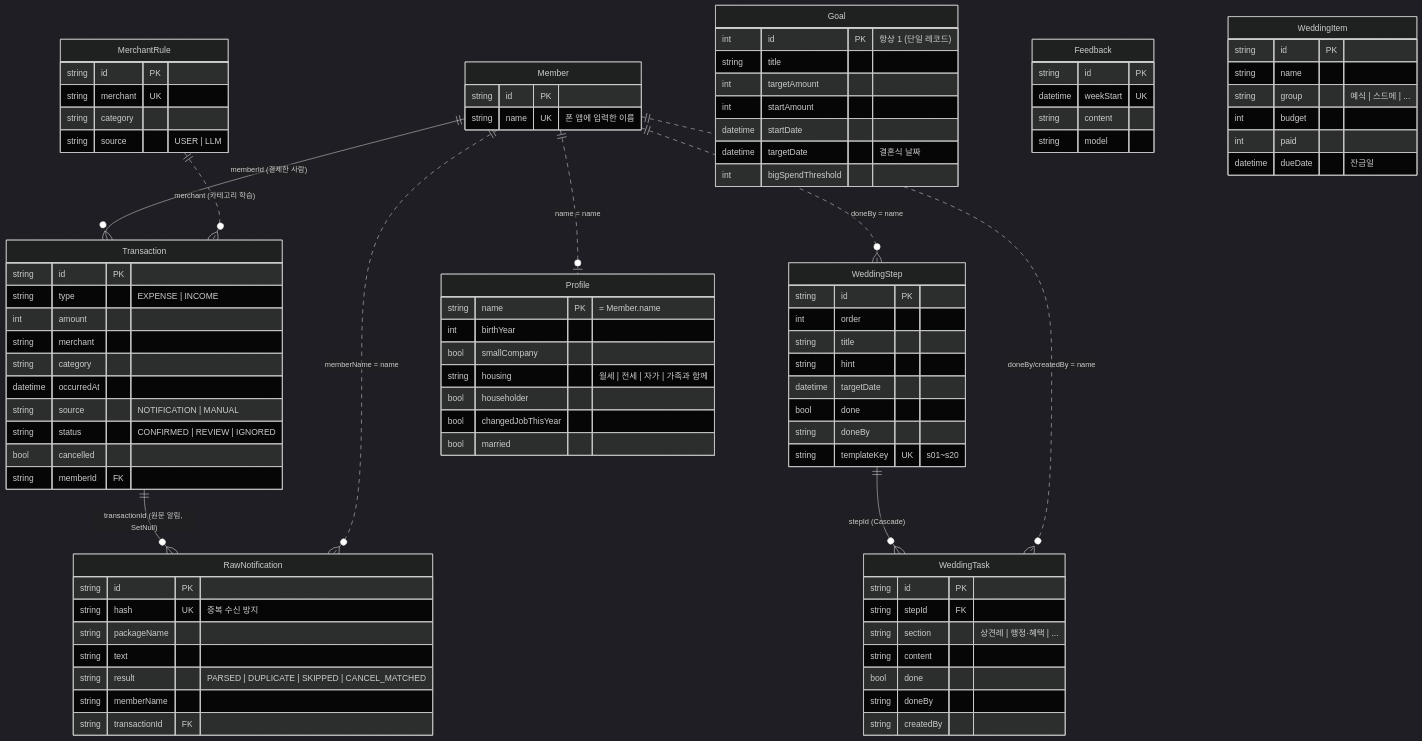
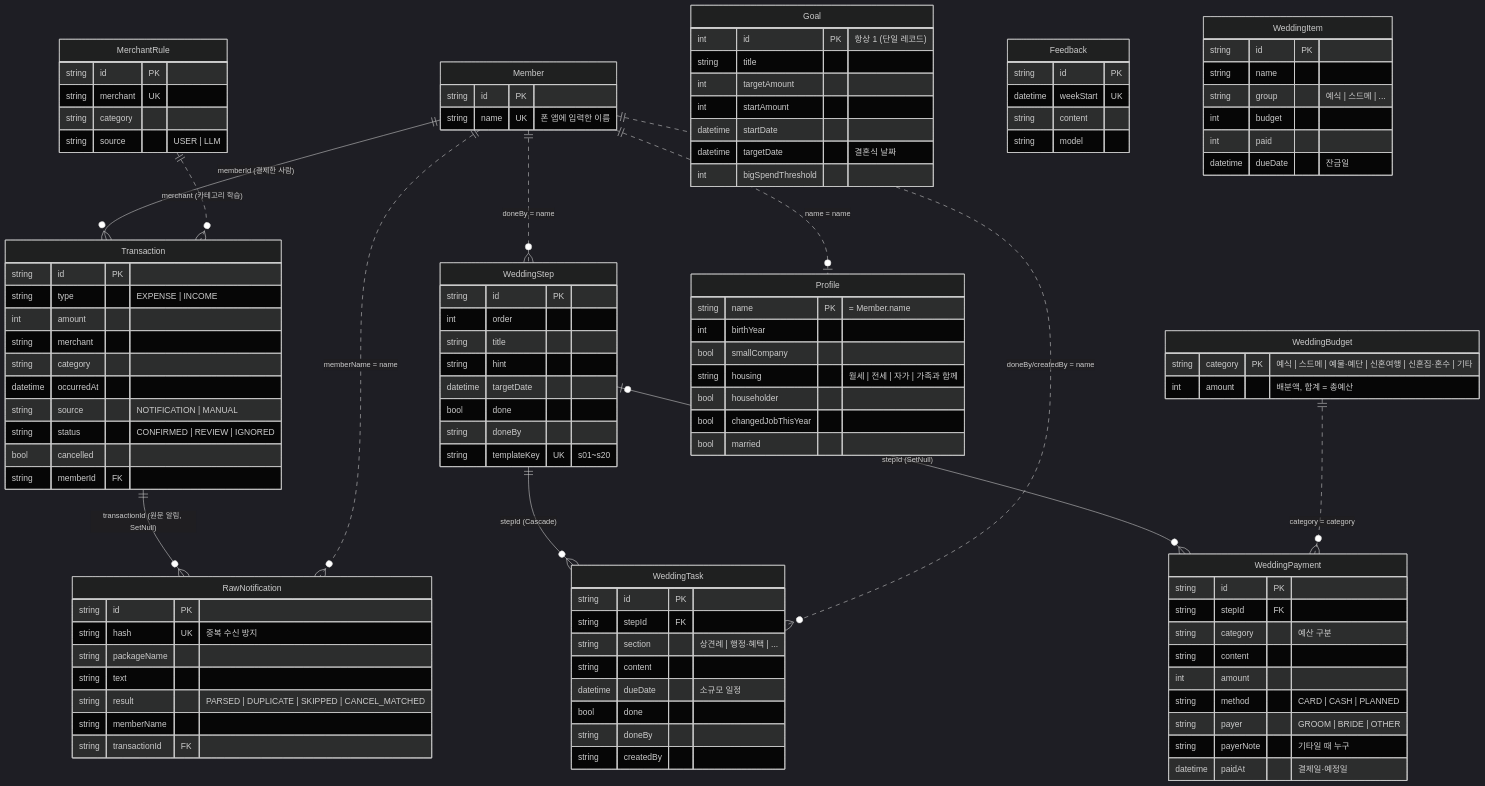
One commit to JangRuBin2/wedding-fund changed the diagram in docs/db-schema.md. Above: the diagram before and after it, drawn with Mermaid (dark theme). The commit also changed other lines of this file and 11 other files, not shown here.

```diff
--- a/docs/db-schema.md
+++ b/docs/db-schema.md
@@ -7,6 +7,8 @@
     Member ||--o{ Transaction : "memberId (결제한 사람)"
     Transaction ||--o{ RawNotification : "transactionId (원문 알림, SetNull)"
     WeddingStep ||--o{ WeddingTask : "stepId (Cascade)"
+    WeddingStep |o--o{ WeddingPayment : "stepId (SetNull)"
+    WeddingBudget ||..o{ WeddingPayment : "category = category"
 
     Member ||..o| Profile : "name = name"
     Member ||..o{ WeddingStep : "doneBy = name"
@@ -83,9 +85,25 @@
         string stepId FK
         string section "상견례 | 행정·혜택 | ..."
         string content
+        datetime dueDate "소규모 일정"
         bool done
         string doneBy
         string createdBy
+    }
+    WeddingPayment {
+        string id PK
+        string stepId FK
+        string category "예산 구분"
+        string content
+        int amount
+        string method "CARD | CASH | PLANNED"
+        string payer "GROOM | BRIDE | OTHER"
+        string payerNote "기타일 때 누구"
+        datetime paidAt "결제일·예정일"
+    }
+    WeddingBudget {
+        string category PK "예식 | 스드메 | 예물·예단 | 신혼여행 | 신혼집·혼수 | 기타"
+        int amount "배분액, 합계 = 총예산"
     }
     Profile {
         string name PK "= Member.name"
```
